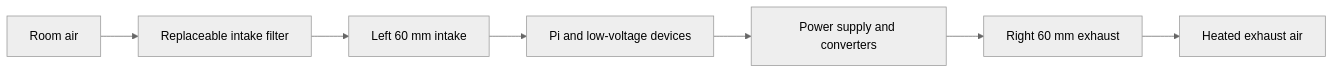
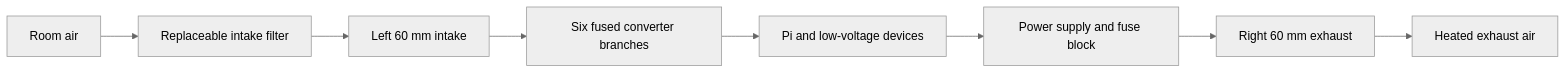
Before and after one commit to Andworx/Copilot-IoT-Game: the fourth of 7 diagrams in 3d Models/apache case/DESIGN_DOCUMENT.md, drawn with Mermaid (neutral theme). The commit also changed other lines of this file and 45 other files, not shown here.

````diff
--- a/3d Models/apache case/DESIGN_DOCUMENT.md
+++ b/3d Models/apache case/DESIGN_DOCUMENT.md
@@ -262,9 +355,10 @@
 ```mermaid
 flowchart LR
     Ambient[Room air] --> Filter[Replaceable intake filter]
     Filter --> Intake[Left 60 mm intake]
-    Intake --> Pi[Pi and low-voltage devices]
-    Pi --> PSU[Power supply and converters]
+    Intake --> Conv[Six fused converter branches]
+    Conv --> Pi[Pi and low-voltage devices]
+    Pi --> PSU[Power supply and fuse block]
     PSU --> Exhaust[Right 60 mm exhaust]
     Exhaust --> Room[Heated exhaust air]
 ```
````
